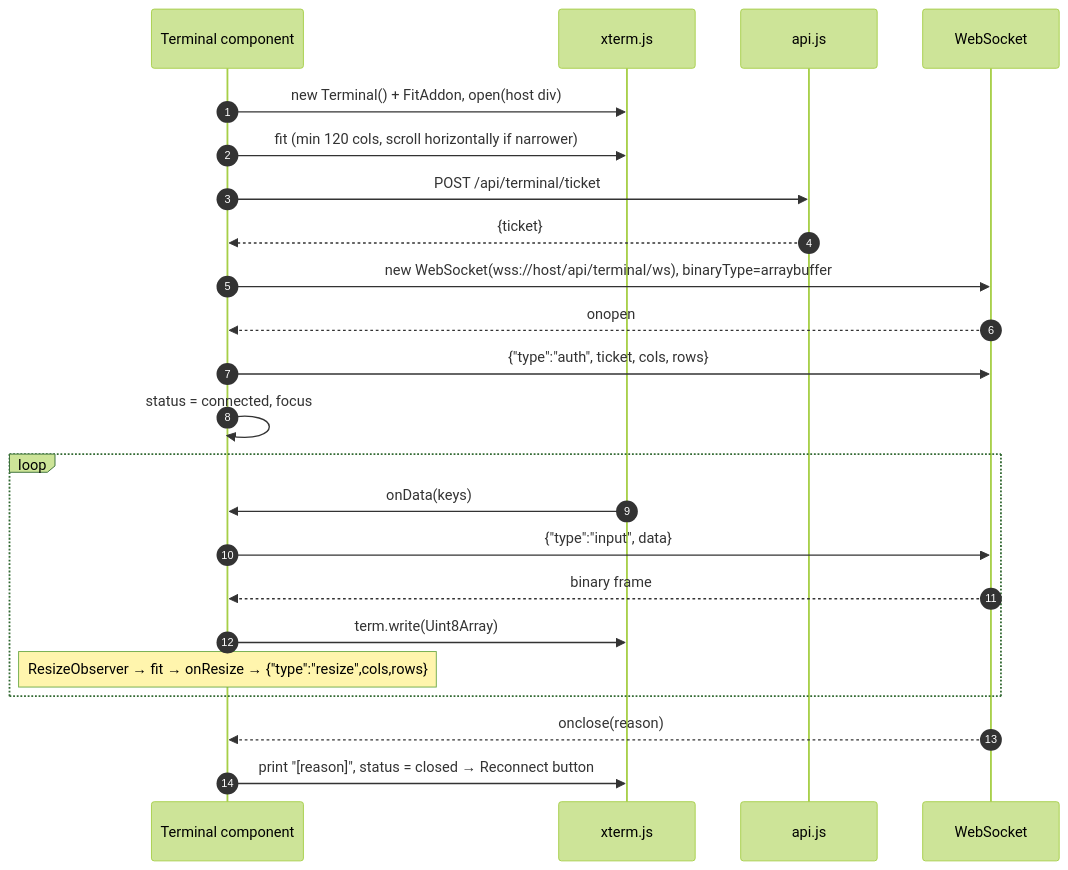
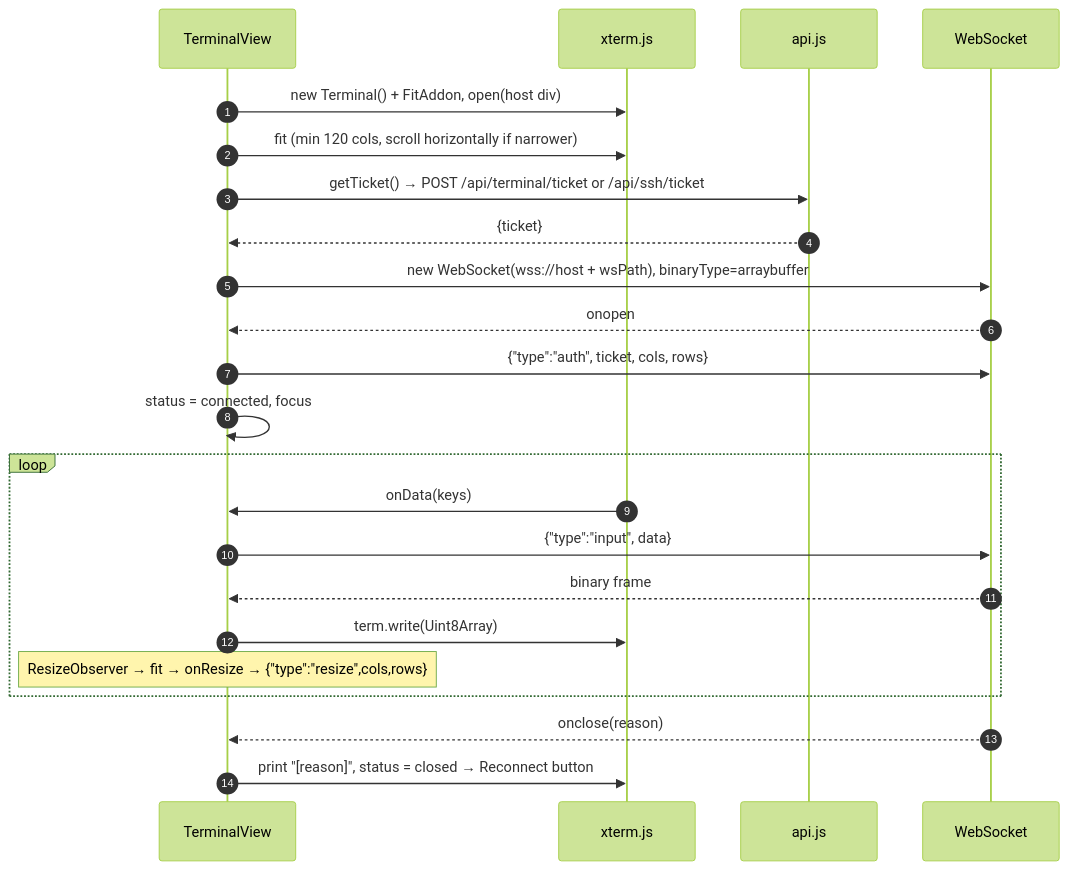
One commit to juanecito/Home_Access_Web changed the fifth of 6 diagrams in doc/05-frontend.md. Above: the diagram before and after it, drawn with Mermaid (forest theme). The commit also changed other lines of this file and 40 other files, not shown here.

Commit message:
Add new SSH terminal for all users

````diff
--- a/doc/05-frontend.md
+++ b/doc/05-frontend.md
@@ -215,26 +260,26 @@
 ```mermaid
 sequenceDiagram
     autonumber
-    participant C as Terminal component
+    participant C as TerminalView
     participant X as xterm.js
     participant API as api.js
     participant W as WebSocket
 
     C->>X: new Terminal() + FitAddon, open(host div)
     C->>X: fit (min 120 cols, scroll horizontally if narrower)
-    C->>API: POST /api/terminal/ticket
+    C->>API: getTicket() → POST /api/terminal/ticket or /api/ssh/ticket
     API-->>C: {ticket}
-    C->>W: new WebSocket(wss://host/api/terminal/ws), binaryType=arraybuffer
+    C->>W: new WebSocket(wss://host + wsPath), binaryType=arraybuffer
     W-->>C: onopen
     C->>W: {"type":"auth", ticket, cols, rows}
     C->>C: status = connected, focus
     loop
         X->>C: onData(keys)
         C->>W: {"type":"input", data}
         W-->>C: binary frame
         C->>X: term.write(Uint8Array)
         Note over C: ResizeObserver → fit → onResize → {"type":"resize",cols,rows}
     end
     W-->>C: onclose(reason)
     C->>X: print "[reason]", status = closed → Reconnect button
 ```
````
